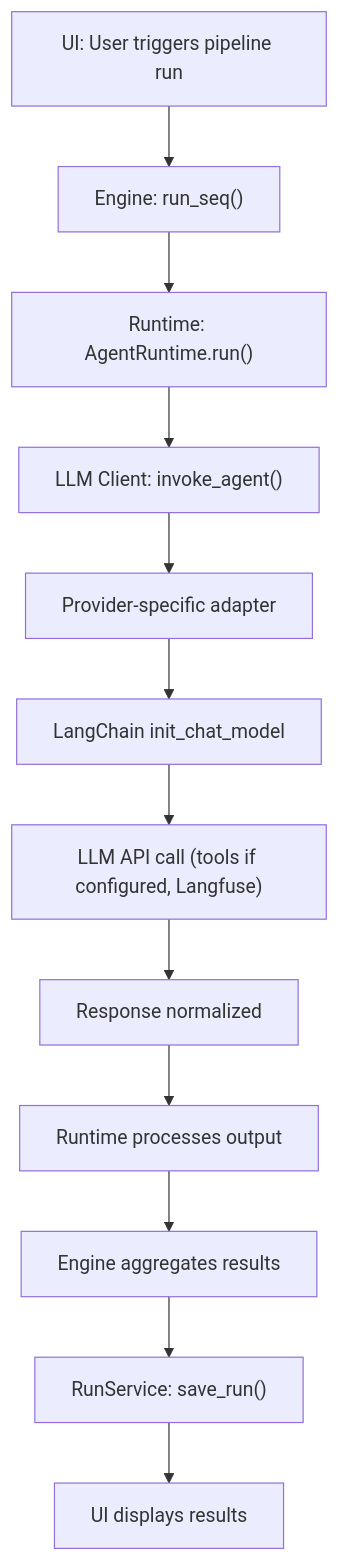
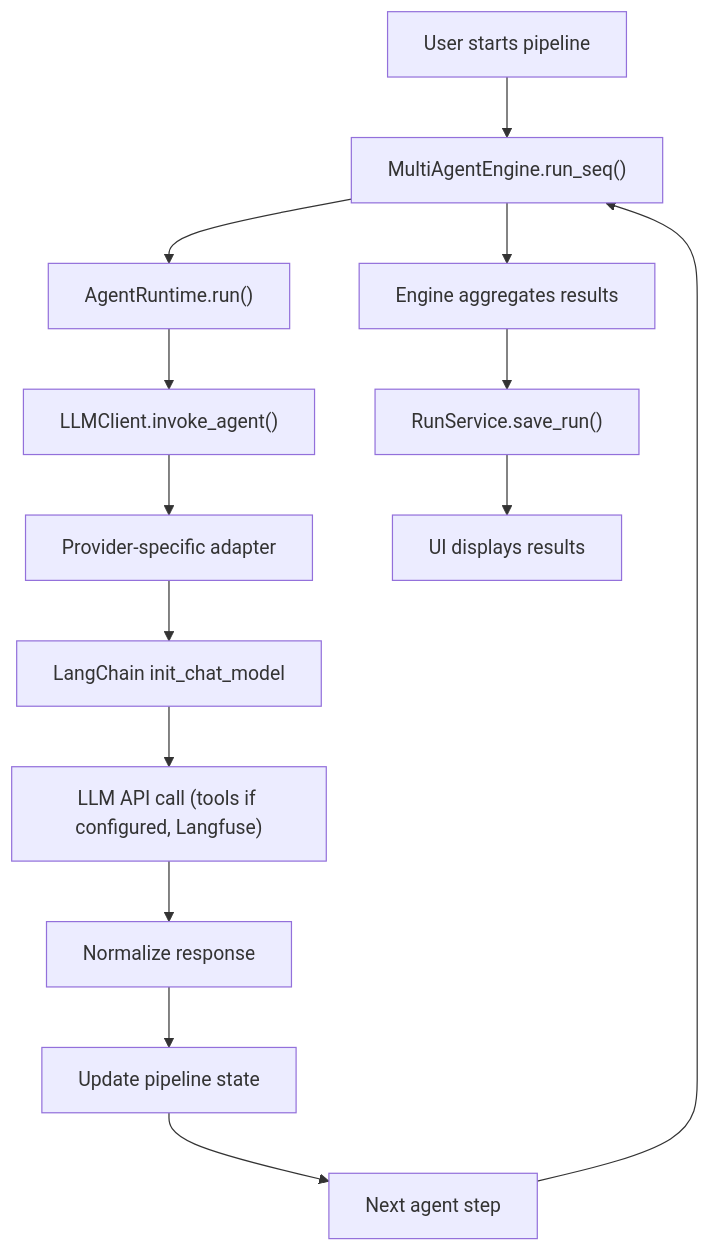
One commit to paul-wosch/Multi-Agent-Dashboard changed the second of 9 diagrams in docs/ARCHITECTURE.md. Above: the diagram before and after it, drawn with Mermaid. The commit also changed other lines of this file, not shown here.

First line of the commit message:
docs(architecture): improve diagram clarity

````diff
--- a/docs/ARCHITECTURE.md
+++ b/docs/ARCHITECTURE.md
@@ -367,14 +389,16 @@
 ```mermaid
-graph TD
-    A[UI: User triggers pipeline run] --> B["Engine: run_seq()"]
-    B --> C["Runtime: AgentRuntime.run()"]
-    C --> D["LLM Client: invoke_agent()"]
-    D --> E[Provider-specific adapter]
-    E --> F[LangChain init_chat_model]
-    F --> G["LLM API call (tools if configured, Langfuse)"]
-    G --> H[Response normalized]
-    H --> I[Runtime processes output]
-    I --> J[Engine aggregates results]
-    J --> K["RunService: save_run()"]
-    K --> L[UI displays results]
+flowchart TB
+User["User starts pipeline"] --> Engine["MultiAgentEngine.run_seq()"]
+Engine --> Runtime["AgentRuntime.run()"]
+Runtime --> LLMClient["LLMClient.invoke_agent()"]
+LLMClient --> Provider["Provider-specific adapter"]
+Provider --> LangChain["LangChain init_chat_model"]
+LangChain --> LLM["LLM API call (tools if configured, Langfuse)"]
+LLM --> Normalize["Normalize response"]
+Normalize --> State["Update pipeline state"]
+State --> Next["Next agent step"]
+Next --> Engine
+Engine --> Result["Engine aggregates results"]
+Result --> Save["RunService.save_run()"]
+Save --> UI["UI displays results"]
 ```
````
